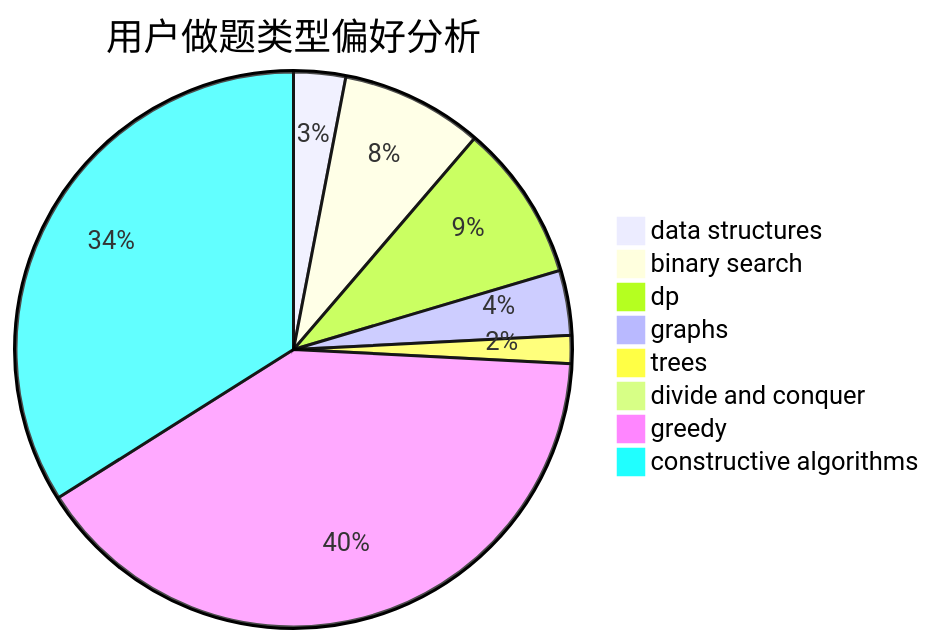
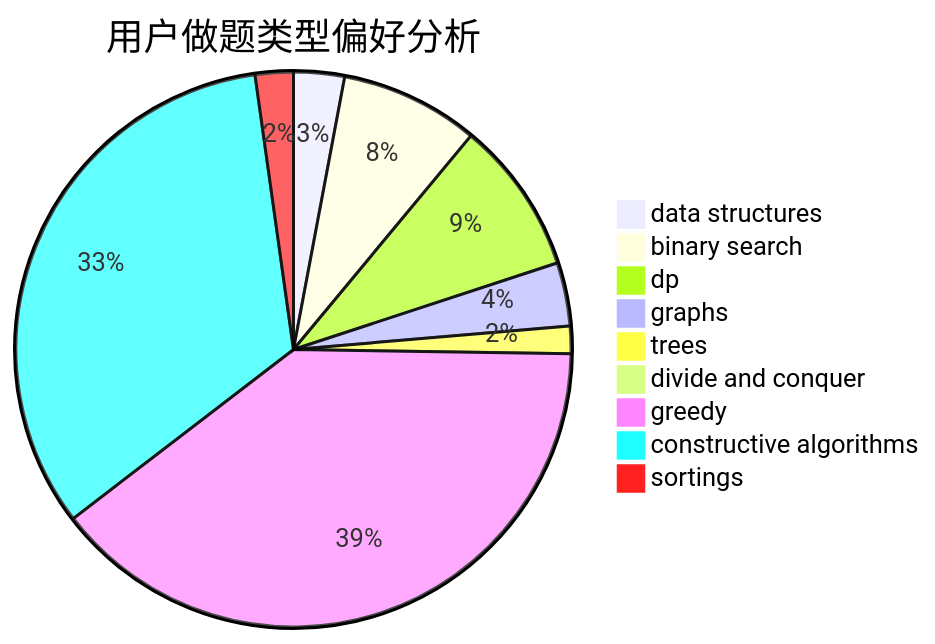
One commit to sherpahu/cfrs.github.io changed the second of 3 diagrams in docs/user/u465.md. Above: the diagram before and after it, drawn with Mermaid. The commit also changed other lines of this file and 2769 other files, not shown here.

````diff
--- a/docs/user/u465.md
+++ b/docs/user/u465.md
@@ -23,11 +18,12 @@
 ```mermaid
 pie title 用户做题类型偏好分析
     "data structures" :  52
     "binary search" :  142
     "dp" :  157
     "graphs" :  65
     "trees" :  28
     "divide and conquer" :  11
     "greedy" :  692
     "constructive algorithms" :  584
+    "sortings" :  39
 ```
````
